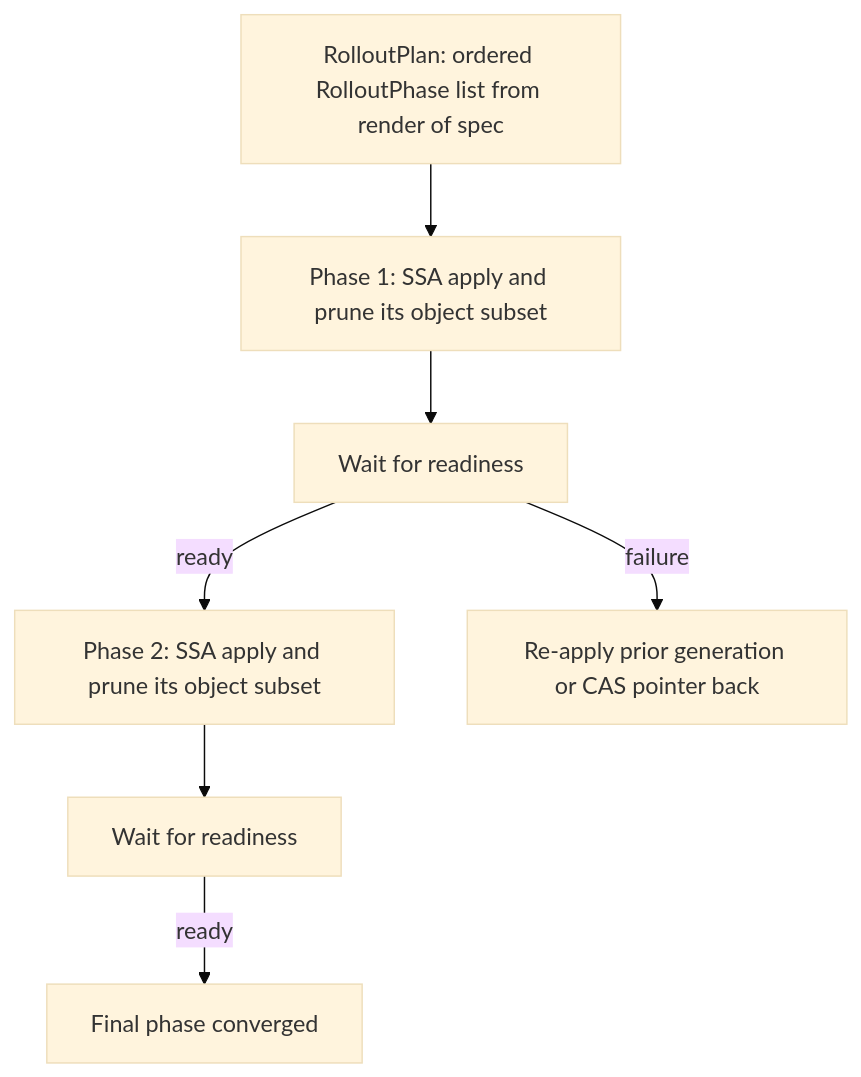
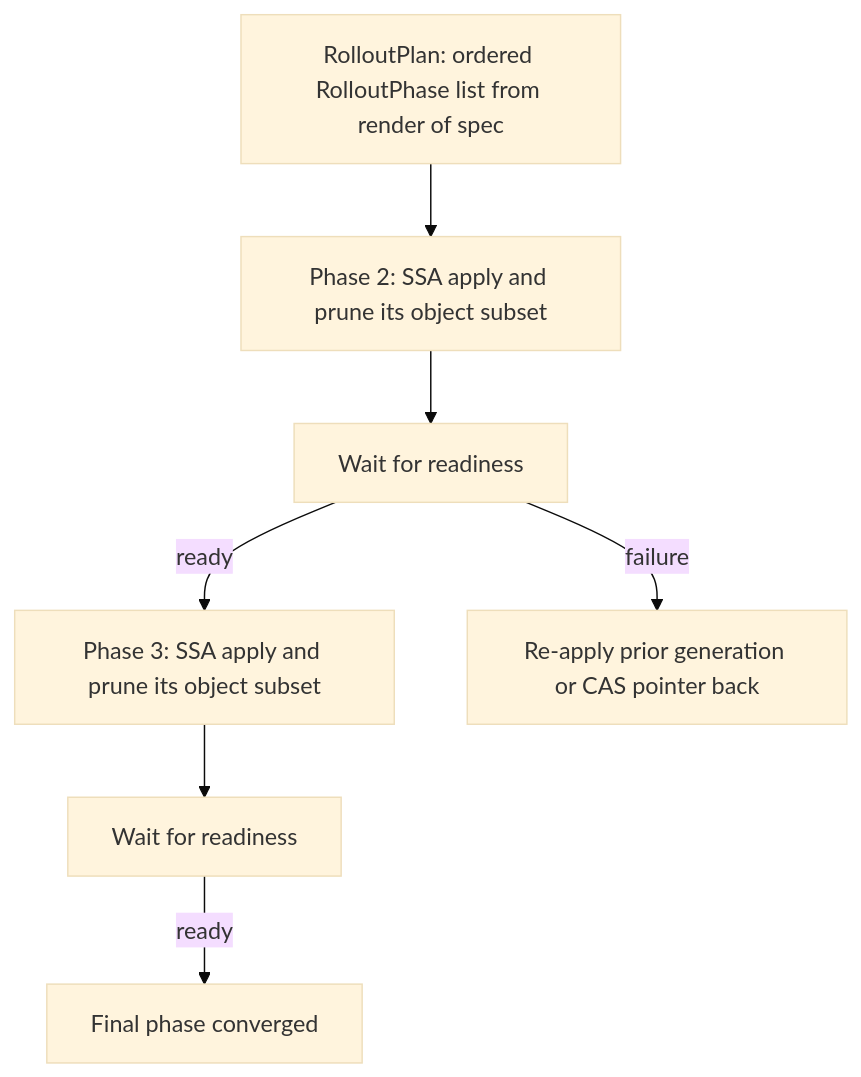
Before and after one commit to Tuee22/amoebius: the third of 4 diagrams in documents/engineering/manifest_generation_doctrine.md, drawn with Mermaid (base theme). The commit also changed other lines of this file and 47 other files, not shown here.

````diff
--- a/documents/engineering/manifest_generation_doctrine.md
+++ b/documents/engineering/manifest_generation_doctrine.md
@@ -299,9 +299,9 @@
 ```mermaid
 flowchart TD
-  plan[RolloutPlan: ordered RolloutPhase list from render of spec] --> p1[Phase 1: SSA apply and prune its object subset]
+  plan[RolloutPlan: ordered RolloutPhase list from render of spec] --> p1[Phase 2: SSA apply and prune its object subset]
   p1 --> g1[Wait for readiness]
-  g1 -->|ready| p2[Phase 2: SSA apply and prune its object subset]
+  g1 -->|ready| p2[Phase 3: SSA apply and prune its object subset]
   p2 --> g2[Wait for readiness]
   g2 -->|ready| pn[Final phase converged]
   g1 -->|failure| rb[Re-apply prior generation or CAS pointer back]
 ```
````
